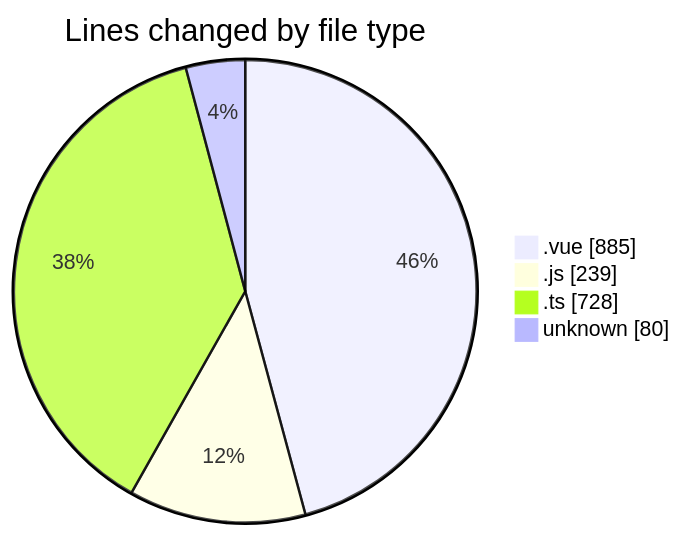
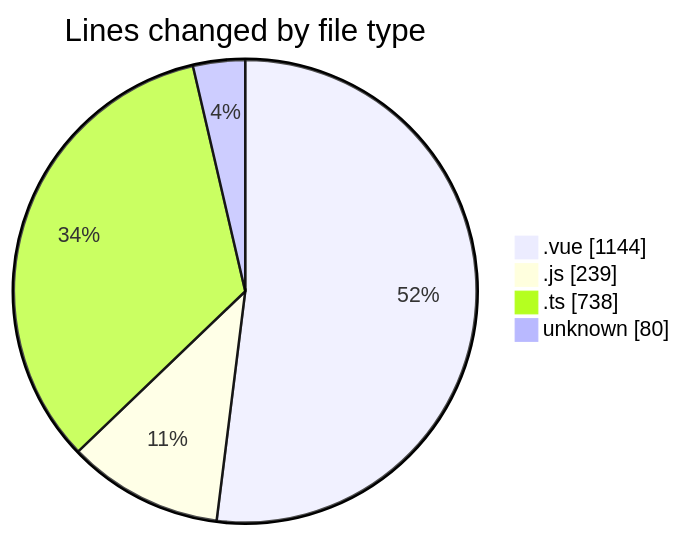
Before and after one commit to lephambinh05/code-tracking: the first of 2 diagrams in 2025-08-11/rentotp/README.md, drawn with Mermaid. The commit also changed other lines of this file and 1 other file, not shown here.

````diff
--- a/2025-08-11/rentotp/README.md
+++ b/2025-08-11/rentotp/README.md
@@ -34,8 +35,8 @@
 ```mermaid
 pie showData
 title Lines changed by file type
-".vue" : 885
+".vue" : 1144
 ".js" : 239
-".ts" : 728
+".ts" : 738
 "unknown" : 80
 ```
````
